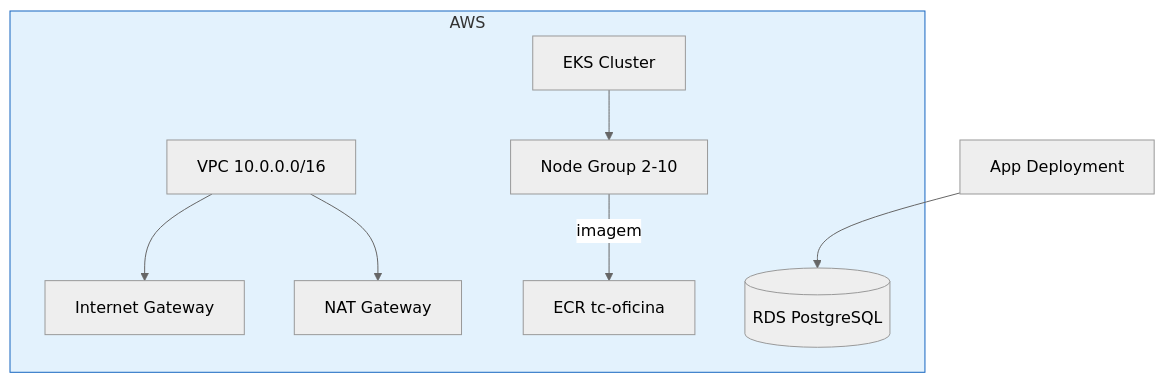
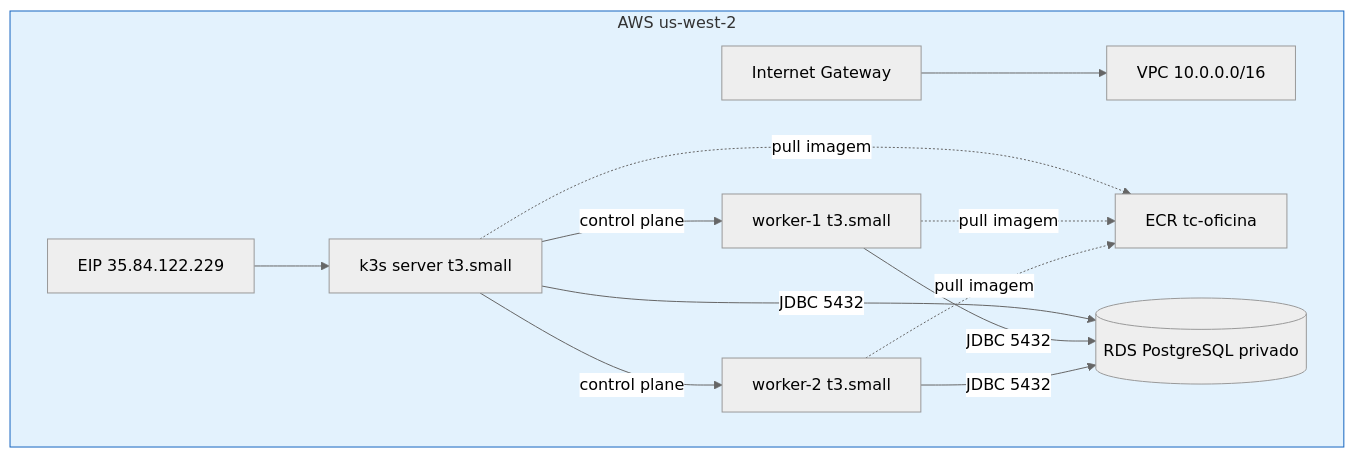
The diagram in README.md (rtmaraujo/tc-oficina-infra-k8s), drawn with Mermaid (neutral theme) before and after one commit. The commit also changed other lines of this file, not shown here.

Commit message:
docs: README refletindo cluster k3s real, ambientes e diagrama corrigido

````diff
--- a/README.md
+++ b/README.md
@@ -77,20 +68,26 @@
 ```mermaid
 flowchart TB
-  subgraph AWS[AWS]
+  subgraph AWS[AWS us-west-2]
     VPC[VPC 10.0.0.0/16]
     IGW[Internet Gateway]
-    NAT[NAT Gateway]
-    EKS[EKS Cluster]
-    NG[Node Group 2-10]
+    EIP[EIP 35.84.122.229]
+    SRV[k3s server t3.small]
+    W1[worker-1 t3.small]
+    W2[worker-2 t3.small]
     ECR[ECR tc-oficina]
-    RDS[(RDS PostgreSQL)]
+    RDS[(RDS PostgreSQL privado)]
   end
 
-  VPC --> IGW
-  VPC --> NAT
-  EKS --> NG
-  NG -->|imagem| ECR
-  APP[App Deployment] --> RDS
+  IGW --> VPC
+  SRV -->|control plane| W1
+  SRV -->|control plane| W2
+  EIP --> SRV
+  SRV -.pull imagem.-> ECR
+  W1 -.pull imagem.-> ECR
+  W2 -.pull imagem.-> ECR
+  SRV -->|JDBC 5432| RDS
+  W1 -->|JDBC 5432| RDS
+  W2 -->|JDBC 5432| RDS
 
   style AWS fill:#e3f2fd,stroke:#1565c0
 ```
````
